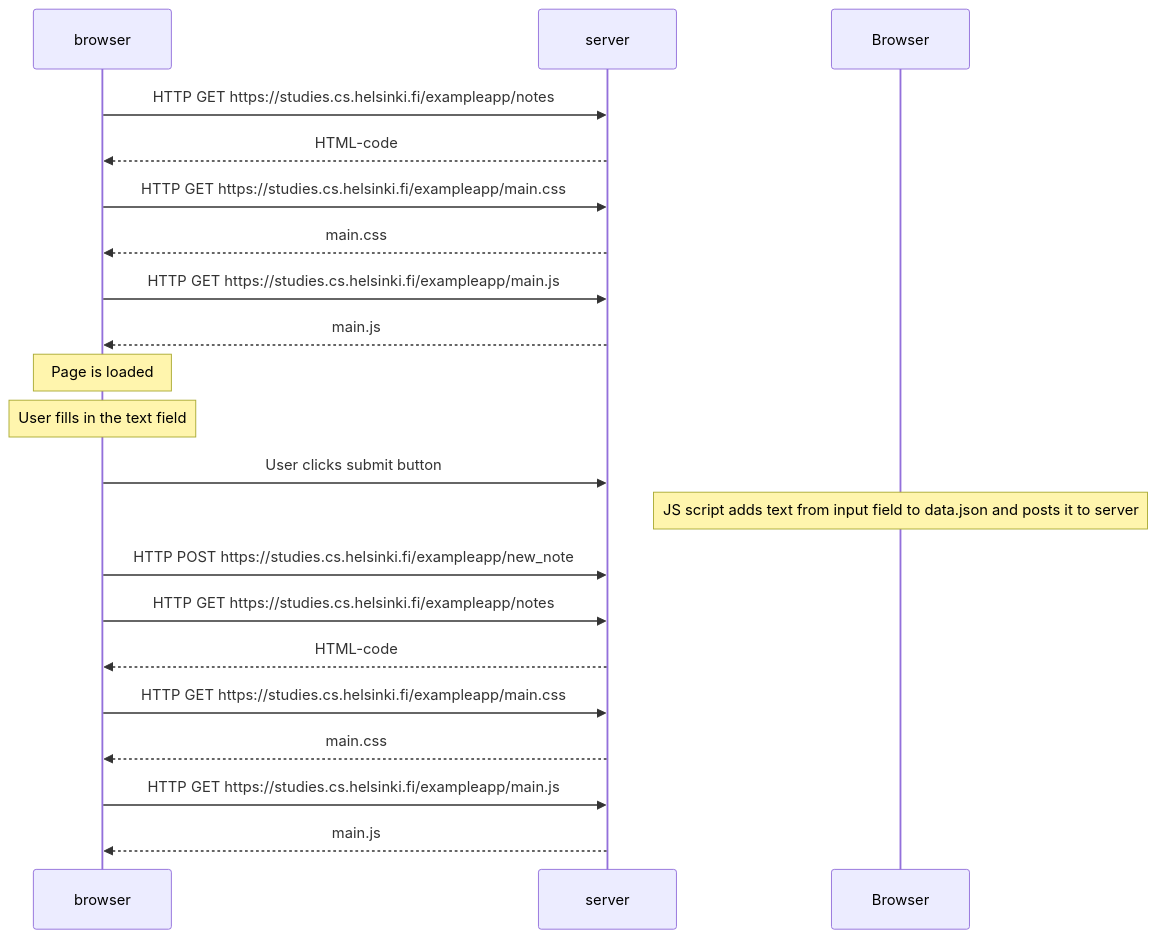
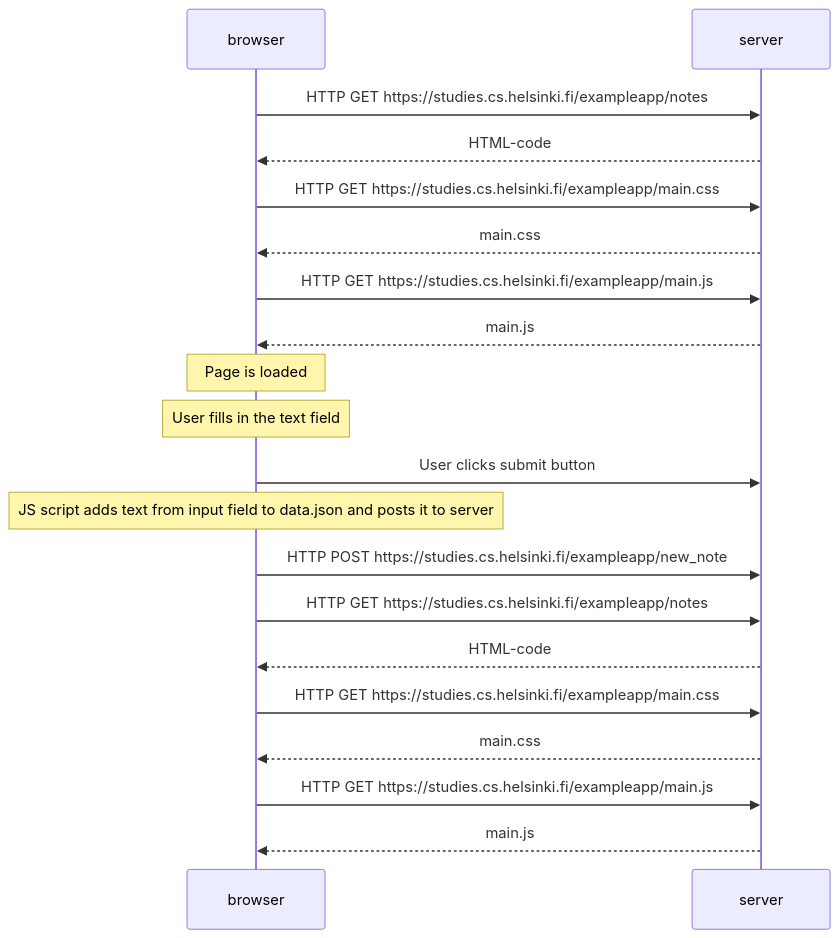
The diagram in part0/0.4: New note diagram.md (simon-archer/fullstack), drawn with Mermaid before and after one commit.

Commit message:
Update 0.4: New note diagram.md

````diff
--- a/part0/0.4: New note diagram.md
+++ b/part0/0.4: New note diagram.md
@@ -5,22 +5,22 @@
 ```mermaid
 sequenceDiagram
     participant browser
     participant server
     browser->>server: HTTP GET https://studies.cs.helsinki.fi/exampleapp/notes
     server-->>browser: HTML-code
     browser->>server: HTTP GET https://studies.cs.helsinki.fi/exampleapp/main.css
     server-->>browser: main.css
     browser->>server: HTTP GET https://studies.cs.helsinki.fi/exampleapp/main.js
     server-->>browser: main.js
     Note over browser: Page is loaded
     Note over browser: User fills in the text field
     browser->>server: User clicks submit button
-    Note over Browser: JS script adds text from input field to data.json and posts it to server
+    Note over browser: JS script adds text from input field to data.json and posts it to server
     browser->>server: HTTP POST https://studies.cs.helsinki.fi/exampleapp/new_note
     browser->>server: HTTP GET https://studies.cs.helsinki.fi/exampleapp/notes
     server-->>browser: HTML-code
     browser->>server: HTTP GET https://studies.cs.helsinki.fi/exampleapp/main.css
     server-->>browser: main.css
     browser->>server: HTTP GET https://studies.cs.helsinki.fi/exampleapp/main.js
     server-->>browser: main.js
 ```
````
